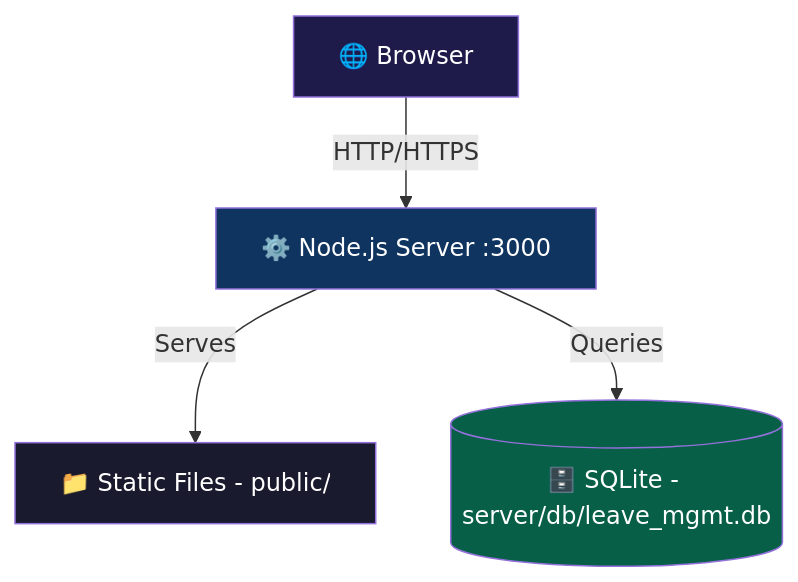
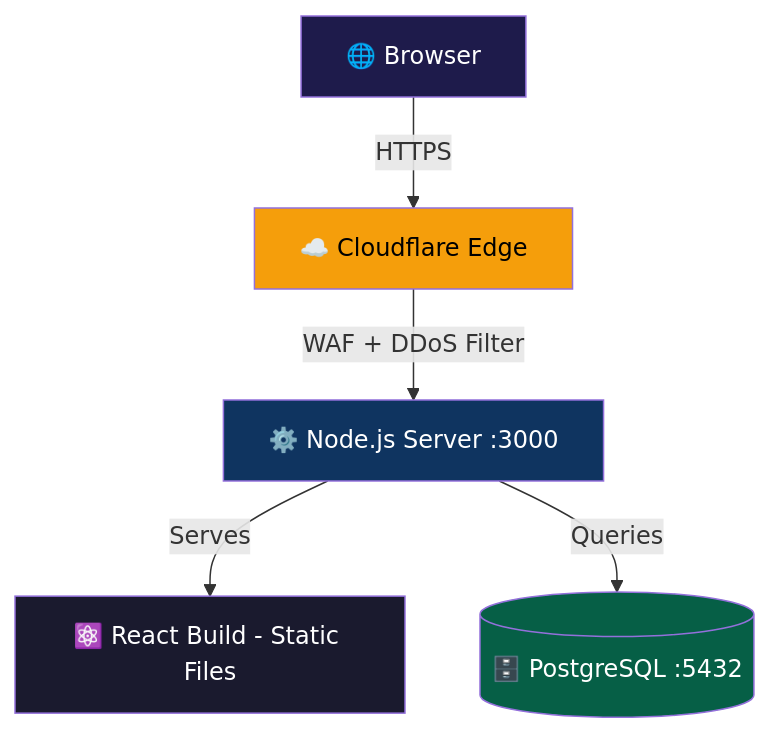
One commit to algorithnicmind/Bookflow-management changed the fourth of 4 diagrams in docs/04-HLD.md. Above: the diagram before and after it, drawn with Mermaid. The commit also changed other lines of this file and 3 other files, not shown here.

````diff
--- a/docs/04-HLD.md
+++ b/docs/04-HLD.md
@@ -198,11 +205,13 @@
 ```mermaid
 graph TD
-    Browser[🌐 Browser] -->|HTTP/HTTPS| Server[⚙️ Node.js Server :3000]
-    Server -->|Serves| Static[📁 Static Files - public/]
-    Server -->|Queries| DB[(🗄️ SQLite - server/db/leave_mgmt.db)]
+    Browser[🌐 Browser] -->|HTTPS| CF[☁️ Cloudflare Edge]
+    CF -->|WAF + DDoS Filter| Server[⚙️ Node.js Server :3000]
+    Server -->|Serves| React[⚛️ React Build - Static Files]
+    Server -->|Queries| DB[(🗄️ PostgreSQL :5432)]
     
     style Browser fill:#1e1b4b,color:#fff
+    style CF fill:#F59E0B,color:#000
     style Server fill:#0f3460,color:#fff
-    style Static fill:#1a1a2e,color:#fff
+    style React fill:#1a1a2e,color:#fff
     style DB fill:#065f46,color:#fff
 ```
````
